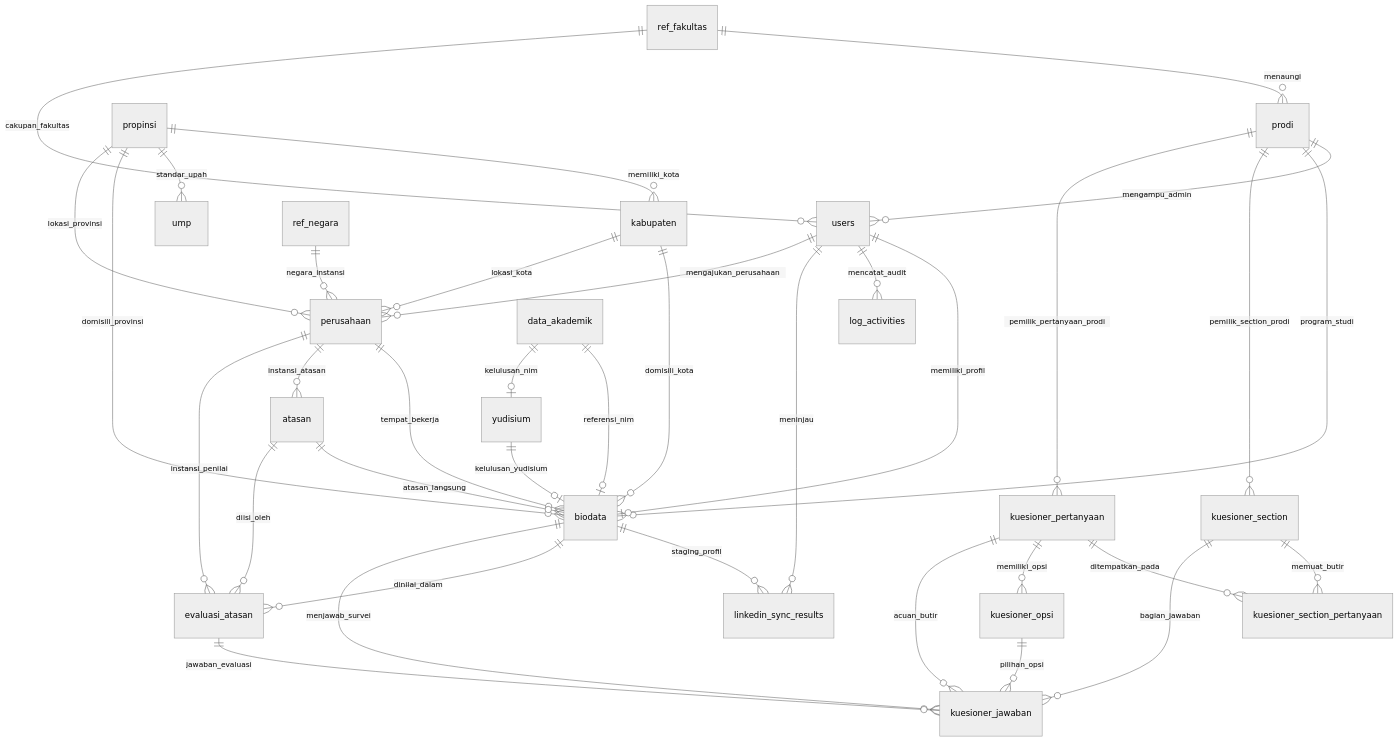
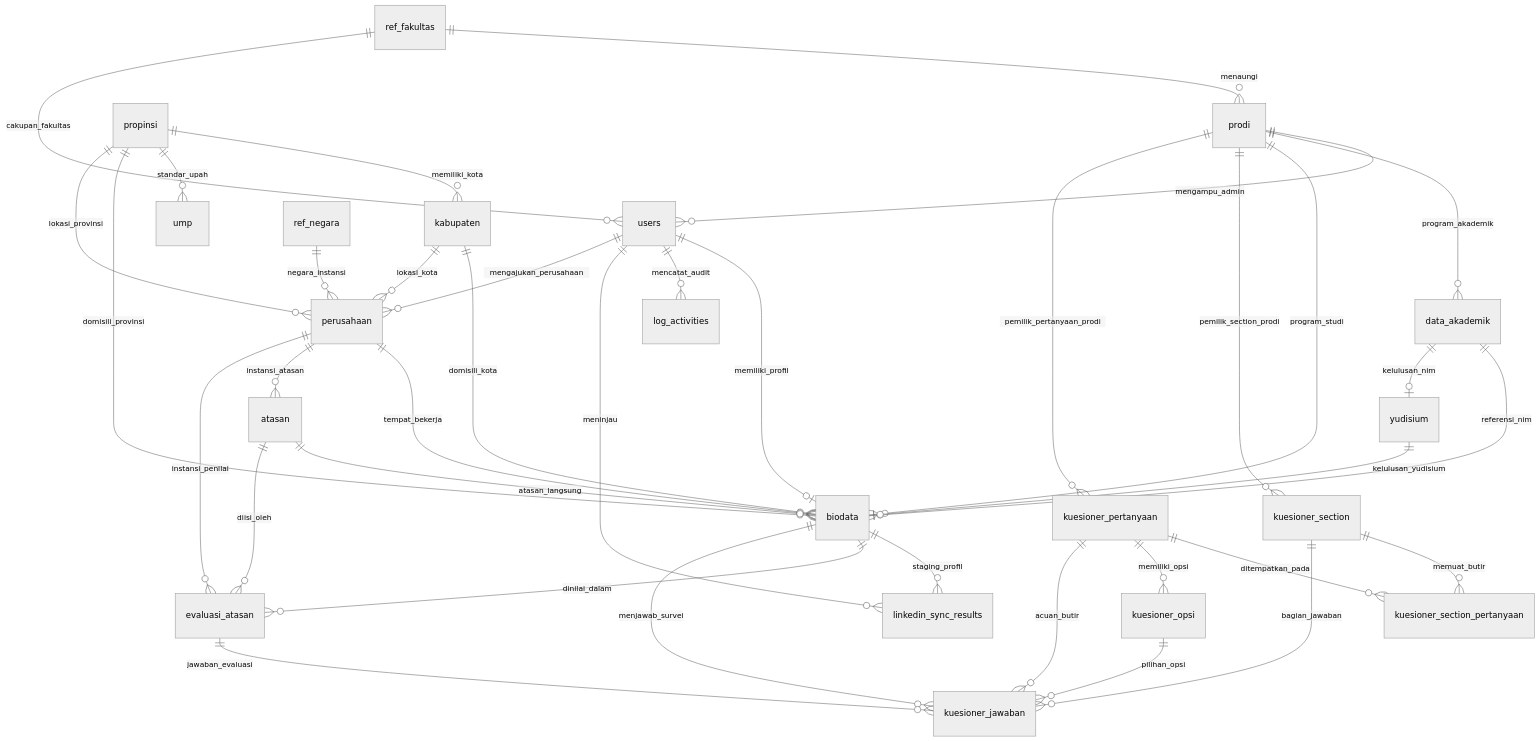
One commit to claraanjelitakd/tugas-akhir changed the first of 9 diagrams in ERD.md. Above: the diagram before and after it, drawn with Mermaid (neutral theme). The commit also changed other lines of this file and 1 other file, not shown here.

Commit message:
docs: document ERD and database view contracts

````diff
--- a/ERD.md
+++ b/ERD.md
@@ -41,38 +43,39 @@
 ```mermaid
 erDiagram
     ref_fakultas ||--o{ prodi : "menaungi"
     ref_fakultas ||--o{ users : "cakupan_fakultas"
     prodi ||--o{ users : "mengampu_admin"
+    prodi ||--o{ data_akademik : "program_akademik"
     prodi ||--o{ biodata : "program_studi"
     users ||--o| biodata : "memiliki_profil"
     users ||--o{ log_activities : "mencatat_audit"
     users ||--o{ linkedin_sync_results : "meninjau"
     users ||--o{ perusahaan : "mengajukan_perusahaan"
     data_akademik ||--o| biodata : "referensi_nim"
     data_akademik ||--o| yudisium : "kelulusan_nim"
     yudisium ||--o| biodata : "kelulusan_yudisium"
     propinsi ||--o{ kabupaten : "memiliki_kota"
     propinsi ||--o{ ump : "standar_upah"
     propinsi ||--o{ biodata : "domisili_provinsi"
     kabupaten ||--o{ biodata : "domisili_kota"
     propinsi ||--o{ perusahaan : "lokasi_provinsi"
     kabupaten ||--o{ perusahaan : "lokasi_kota"
     ref_negara ||--o{ perusahaan : "negara_instansi"
     perusahaan ||--o{ biodata : "tempat_bekerja"
     perusahaan ||--o{ atasan : "instansi_atasan"
     atasan ||--o{ biodata : "atasan_langsung"
     biodata ||--o{ linkedin_sync_results : "staging_profil"
     prodi ||--o{ kuesioner_section : "pemilik_section_prodi"
     prodi ||--o{ kuesioner_pertanyaan : "pemilik_pertanyaan_prodi"
     kuesioner_section ||--o{ kuesioner_section_pertanyaan : "memuat_butir"
     kuesioner_pertanyaan ||--o{ kuesioner_section_pertanyaan : "ditempatkan_pada"
     kuesioner_pertanyaan ||--o{ kuesioner_opsi : "memiliki_opsi"
     biodata ||--o{ evaluasi_atasan : "dinilai_dalam"
     perusahaan ||--o{ evaluasi_atasan : "instansi_penilai"
     atasan ||--o{ evaluasi_atasan : "diisi_oleh"
     biodata ||--o{ kuesioner_jawaban : "menjawab_survei"
     evaluasi_atasan ||--o{ kuesioner_jawaban : "jawaban_evaluasi"
     kuesioner_section ||--o{ kuesioner_jawaban : "bagian_jawaban"
     kuesioner_pertanyaan ||--o{ kuesioner_jawaban : "acuan_butir"
     kuesioner_opsi ||--o{ kuesioner_jawaban : "pilihan_opsi"
 ```
````
